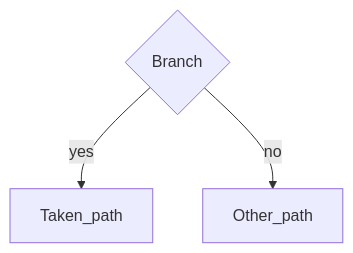
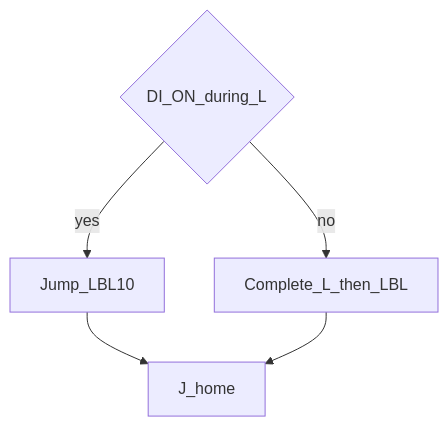
One commit to girijashankarj/garry-tj-robo-journey changed the second of 2 diagrams in practice/fanuc/016-skip-linear/doc/guide.md. Above: the diagram before and after it, drawn with Mermaid. The commit also changed other lines of this file and 107 other files, not shown here.

````diff
--- a/practice/fanuc/016-skip-linear/doc/guide.md
+++ b/practice/fanuc/016-skip-linear/doc/guide.md
@@ -35,8 +23,11 @@
 ```mermaid
 flowchart TD
-  q{Branch}
-  y[Taken_path]
-  n[Other_path]
-  q -->|yes| y
-  q -->|no| n
+  q{DI_ON_during_L}
+  skip[Jump_LBL10]
+  finish[Complete_L_then_LBL]
+  home[J_home]
+  q -->|yes| skip
+  q -->|no| finish
+  skip --> home
+  finish --> home
 ```
````
